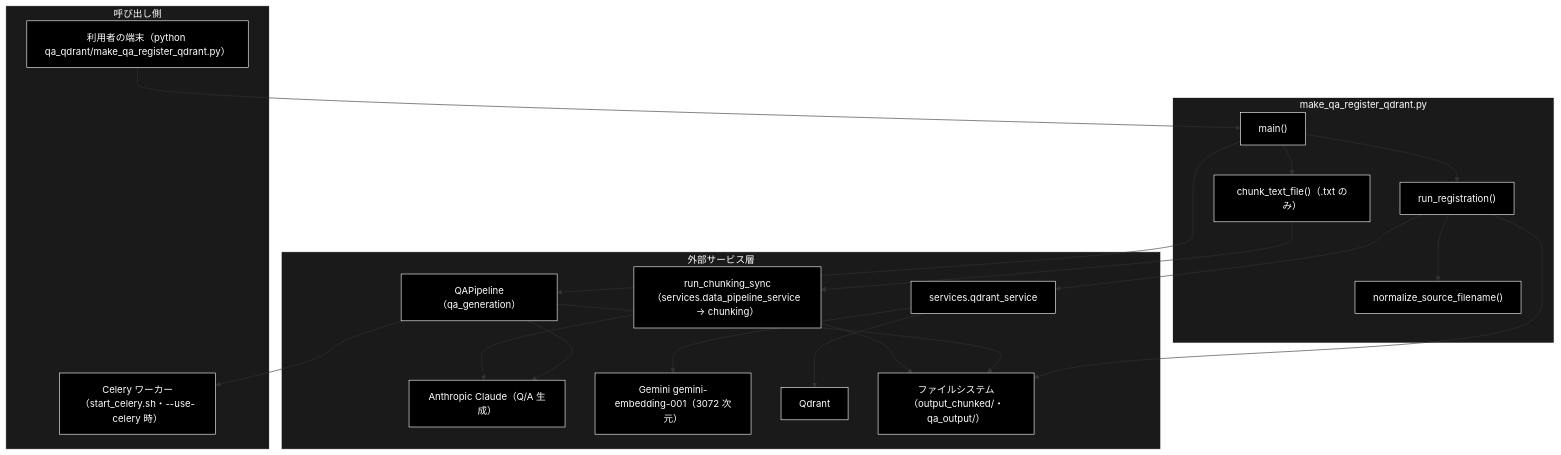
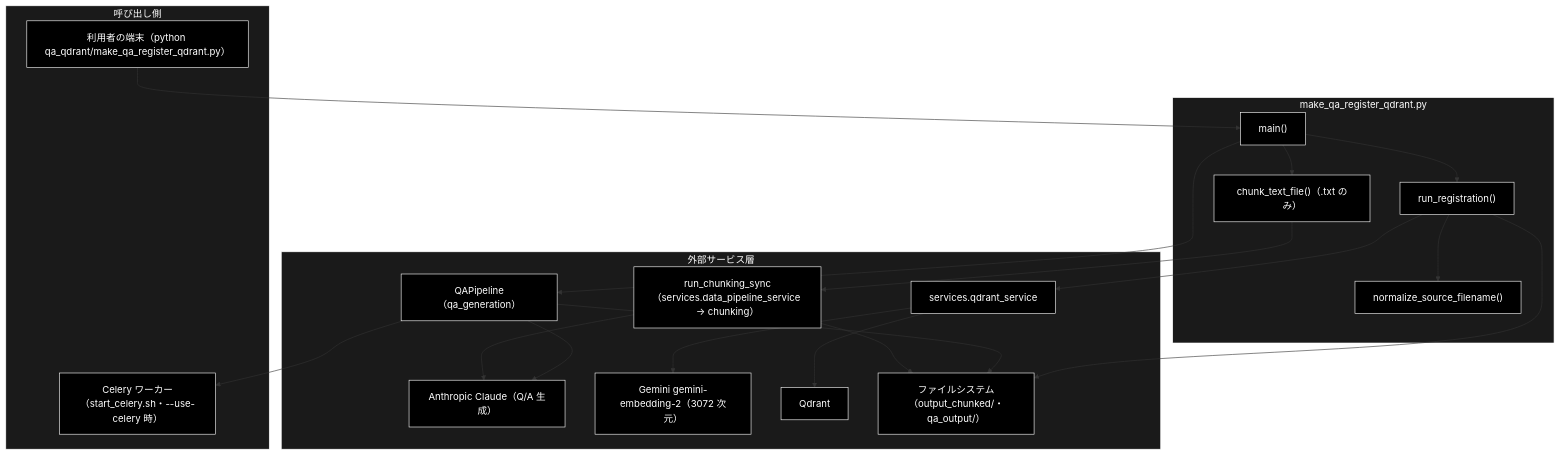
The first of 4 diagrams in qa_qdrant/docs/make_qa_register_qdrant_ipo.md (nakashima2toshio/grace_v2), drawn with Mermaid before and after one commit. The commit also changed other lines of this file and 45 other files, not shown here.

First line of the commit message:
docs: 現在の Embedding の記述を gemini-embedding-2 へ是正（約 40 文書）

````diff
--- a/qa_qdrant/docs/make_qa_register_qdrant_ipo.md
+++ b/qa_qdrant/docs/make_qa_register_qdrant_ipo.md
@@ -73,46 +73,46 @@
 ```mermaid
 flowchart TB
     subgraph CLIENT["呼び出し側"]
         USER["利用者の端末（python qa_qdrant/make_qa_register_qdrant.py）"]
         WORKER["Celery ワーカー（start_celery.sh・--use-celery 時）"]
     end
 
     subgraph MODULE["make_qa_register_qdrant.py"]
         MAIN["main()"]
         CHUNK["chunk_text_file()（.txt のみ）"]
         REG["run_registration()"]
         NORM["normalize_source_filename()"]
     end
 
     subgraph EXTERNAL["外部サービス層"]
         CHK["run_chunking_sync（services.data_pipeline_service → chunking）"]
         PIPE["QAPipeline（qa_generation）"]
         CLAUDE["Anthropic Claude（Q/A 生成）"]
         QSVC["services.qdrant_service"]
-        GEMINI["Gemini gemini-embedding-001（3072 次元）"]
+        GEMINI["Gemini gemini-embedding-2（3072 次元）"]
         QDRANT["Qdrant"]
         FS["ファイルシステム（output_chunked/・qa_output/）"]
     end
 
     USER --> MAIN
     MAIN --> CHUNK
     CHUNK --> CHK
     CHK --> CLAUDE
     CHK --> FS
     MAIN --> PIPE
     PIPE --> CLAUDE
     PIPE --> WORKER
     MAIN --> REG
     REG --> NORM
     REG --> QSVC
     QSVC --> GEMINI
     QSVC --> QDRANT
     PIPE --> FS
     REG --> FS
 classDef default fill:#000,stroke:#fff,color:#fff
 classDef subgraphStyle fill:#1a1a1a,stroke:#fff,color:#fff
 class USER,WORKER,MAIN,CHUNK,REG,NORM,CHK,PIPE,CLAUDE,QSVC,GEMINI,QDRANT,FS default
 style CLIENT fill:#1a1a1a,stroke:#fff,color:#fff
 style MODULE fill:#1a1a1a,stroke:#fff,color:#fff
 style EXTERNAL fill:#1a1a1a,stroke:#fff,color:#fff
 ```
````
